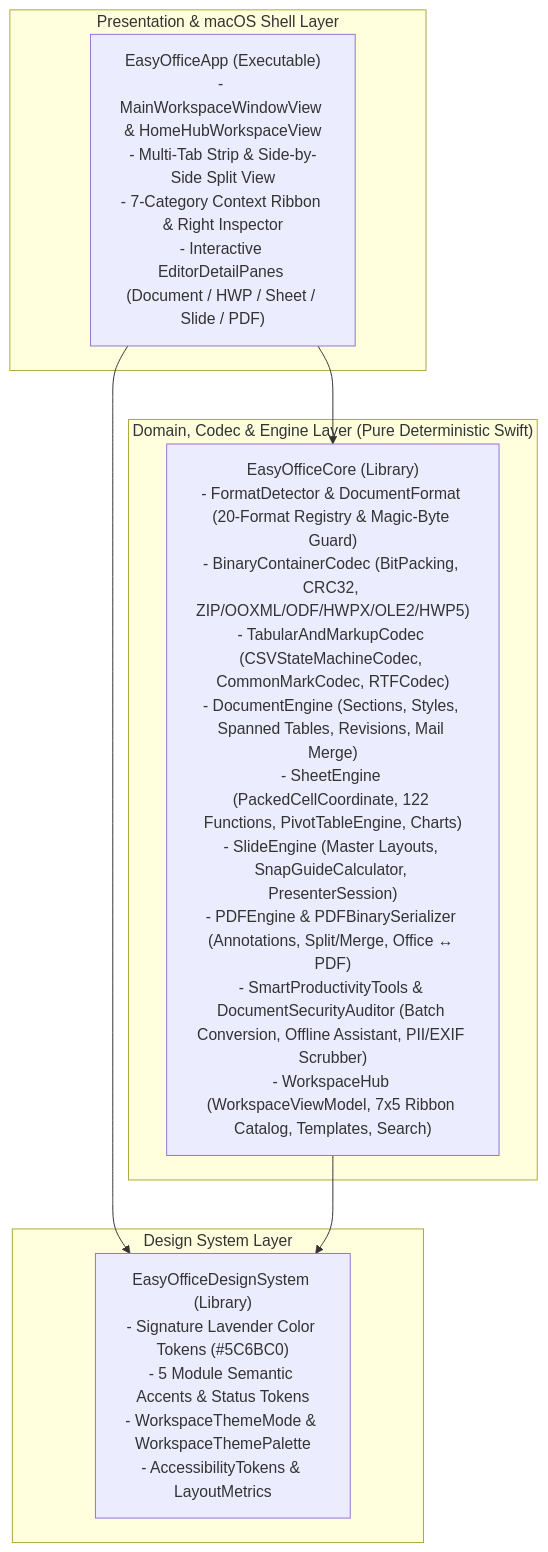
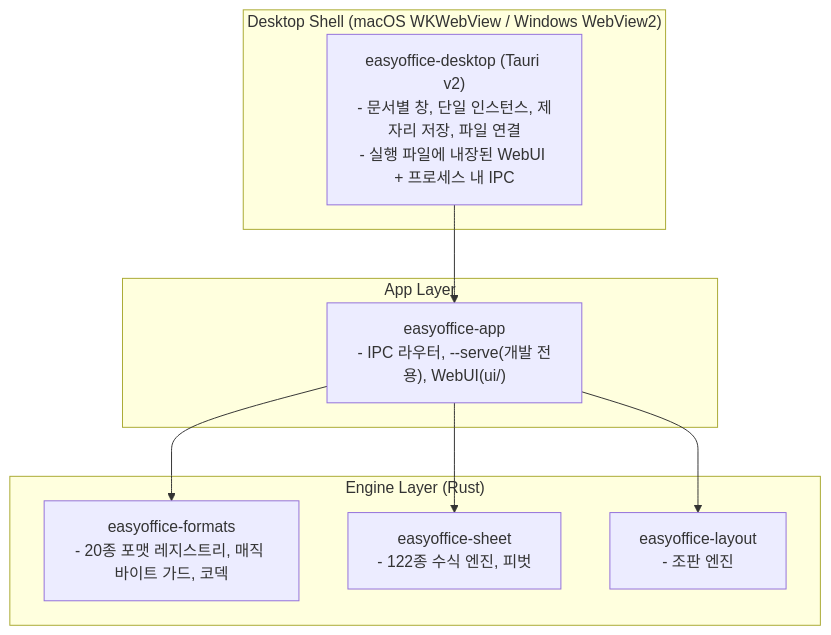
Before and after one commit to AquilaXk/easyoffice: the diagram in docs/architecture.md, drawn with Mermaid. The commit also changed other lines of this file and 98 other files, not shown here.

First line of the commit message:
[Feat] macOS를 Tauri 데스크톱 셸로 전환하고 Swift 앱 제거: .app·.dmg(유니버설)·파일 연결·Finder 열기 (#164)

````diff
--- a/docs/architecture.md
+++ b/docs/architecture.md
@@ -9,18 +9,18 @@
 ```mermaid
 flowchart TD
-    subgraph AppLayer["Presentation & macOS Shell Layer"]
-        EasyOfficeApp["EasyOfficeApp (Executable)\n- MainWorkspaceWindowView & HomeHubWorkspaceView\n- Multi-Tab Strip & Side-by-Side Split View\n- 7-Category Context Ribbon & Right Inspector\n- Interactive EditorDetailPanes (Document / HWP / Sheet / Slide / PDF)"]
+    subgraph ShellLayer["Desktop Shell (macOS WKWebView / Windows WebView2)"]
+        Desktop["easyoffice-desktop (Tauri v2)\n- 문서별 창, 단일 인스턴스, 제자리 저장, 파일 연결\n- 실행 파일에 내장된 WebUI + 프로세스 내 IPC"]
     end
-
-    subgraph DesignLayer["Design System Layer"]
-        EasyOfficeDesignSystem["EasyOfficeDesignSystem (Library)\n- Signature Lavender Color Tokens (#5C6BC0)\n- 5 Module Semantic Accents & Status Tokens\n- WorkspaceThemeMode & WorkspaceThemePalette\n- AccessibilityTokens & LayoutMetrics"]
+    subgraph AppLayer["App Layer"]
+        App["easyoffice-app\n- IPC 라우터, --serve(개발 전용), WebUI(ui/)"]
     end
-
-    subgraph CoreLayer["Domain, Codec & Engine Layer (Pure Deterministic Swift)"]
-        EasyOfficeCore["EasyOfficeCore (Library)\n- FormatDetector & DocumentFormat (20-Format Registry & Magic-Byte Guard)\n- BinaryContainerCodec (BitPacking, CRC32, ZIP/OOXML/ODF/HWPX/OLE2/HWP5)\n- TabularAndMarkupCodec (CSVStateMachineCodec, CommonMarkCodec, RTFCodec)\n- DocumentEngine (Sections, Styles, Spanned Tables, Revisions, Mail Merge)\n- SheetEngine (PackedCellCoordinate, 122 Functions, PivotTableEngine, Charts)\n- SlideEngine (Master Layouts, SnapGuideCalculator, PresenterSession)\n- PDFEngine & PDFBinarySerializer (Annotations, Split/Merge, Office ↔ PDF)\n- SmartProductivityTools & DocumentSecurityAuditor (Batch Conversion, Offline Assistant, PII/EXIF Scrubber)\n- WorkspaceHub (WorkspaceViewModel, 7x5 Ribbon Catalog, Templates, Search)"]
+    subgraph CoreLayer["Engine Layer (Rust)"]
+        Formats["easyoffice-formats\n- 20종 포맷 레지스트리, 매직 바이트 가드, 코덱"]
+        Sheet["easyoffice-sheet\n- 122종 수식 엔진, 피벗"]
+        Layout["easyoffice-layout\n- 조판 엔진"]
     end
-
-    EasyOfficeApp --> EasyOfficeDesignSystem
-    EasyOfficeApp --> EasyOfficeCore
-    EasyOfficeCore --> EasyOfficeDesignSystem
+    Desktop --> App
+    App --> Formats
+    App --> Sheet
+    App --> Layout
 ```
````
